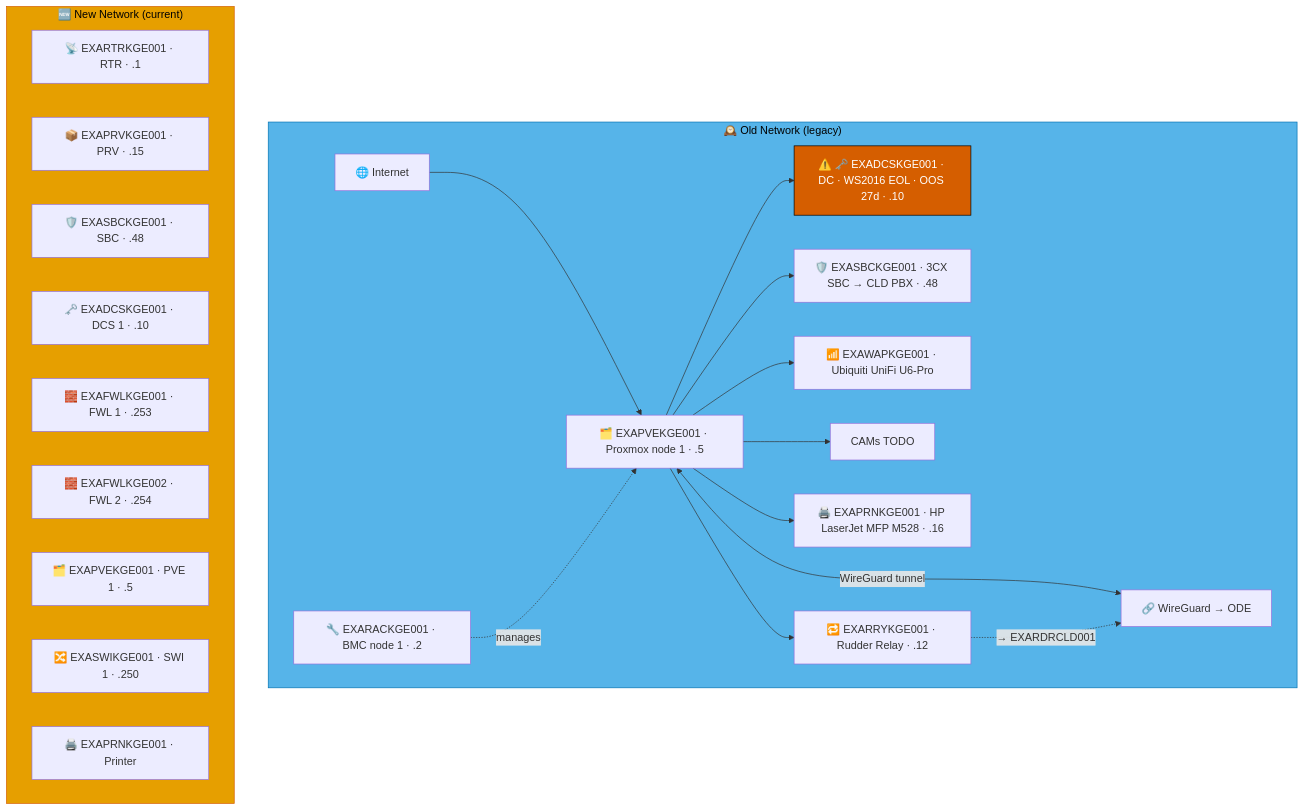
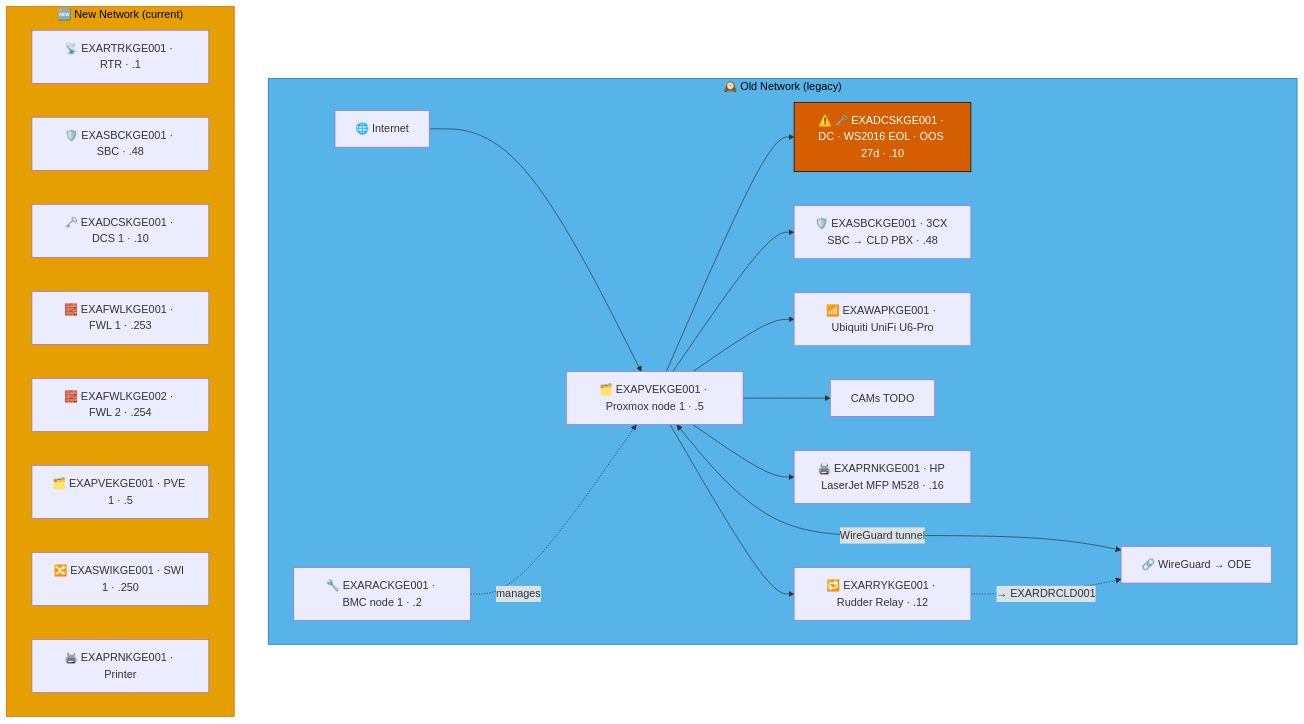
One commit to knightmare2600/example_music_infra changed the third of 9 diagrams in docs/network-diagram/danmark.md. Above: the diagram before and after it, drawn with Mermaid. The commit also changed other lines of this file and 55 other files, not shown here.

````diff
--- a/docs/network-diagram/danmark.md
+++ b/docs/network-diagram/danmark.md
@@ -140,40 +138,39 @@
 ```mermaid
 graph TD
     subgraph OLD_KGE ["🕰️ Old Network (legacy)"]
       INET["🌐 Internet"]
       RAC["🔧 EXARACKGE001 · BMC node 1 · .2"]
       PVE["🗂️ EXAPVEKGE001 · Proxmox node 1 · .5"]
       DC["⚠️ 🗝️ EXADCSKGE001 · DC · WS2016 EOL · OOS 27d · .10"]
       SBC["🛡️ EXASBCKGE001 · 3CX SBC → CLD PBX · .48"]
       RRY["🔁 EXARRYKGE001 · Rudder Relay · .12"]
       WAP["📶 EXAWAPKGE001 · Ubiquiti UniFi U6-Pro"]
       CAM["CAMs TODO"]
       PRN["🖨️ EXAPRNKGE001 · HP LaserJet MFP M528 · .16"]
       VPN["🔗 WireGuard → ODE"]
 
       INET --> PVE --> DC & SBC
       RAC -.->|"manages"| PVE
       PVE --> WAP & CAM & PRN
       PVE <-->|"WireGuard tunnel"| VPN
 
       PVE --> RRY
       RRY -. "→ EXARDRCLD001" .-> VPN
     end
     style OLD_KGE fill:#56B4E9,stroke:#0072B2,color:#000000
     %% GENERATED:NEW-NETWORK:KGE:START
     subgraph NEW_KGE ["🆕 New Network (current)"]
       N_RTR["📡 EXARTRKGE001 · RTR · .1"]
-      N_PRV["📦 EXAPRVKGE001 · PRV · .15"]
       N_SBC["🛡️ EXASBCKGE001 · SBC · .48"]
       N_DCS["🗝️ EXADCSKGE001 · DCS 1 · .10"]
       N_FWL["🧱 EXAFWLKGE001 · FWL 1 · .253"]
       N_FWL2["🧱 EXAFWLKGE002 · FWL 2 · .254"]
       N_PVE["🗂️ EXAPVEKGE001 · PVE 1 · .5"]
       N_SWI["🔀 EXASWIKGE001 · SWI 1 · .250"]
       N_PRN["🖨️ EXAPRNKGE001 · Printer"]
     end
     style NEW_KGE fill:#E69F00,stroke:#D55E00,color:#000000
     %% GENERATED:NEW-NETWORK:KGE:END
     classDef warn fill:#D55E00,stroke:#000000,color:#ffffff
     class DC warn
 ```
````
